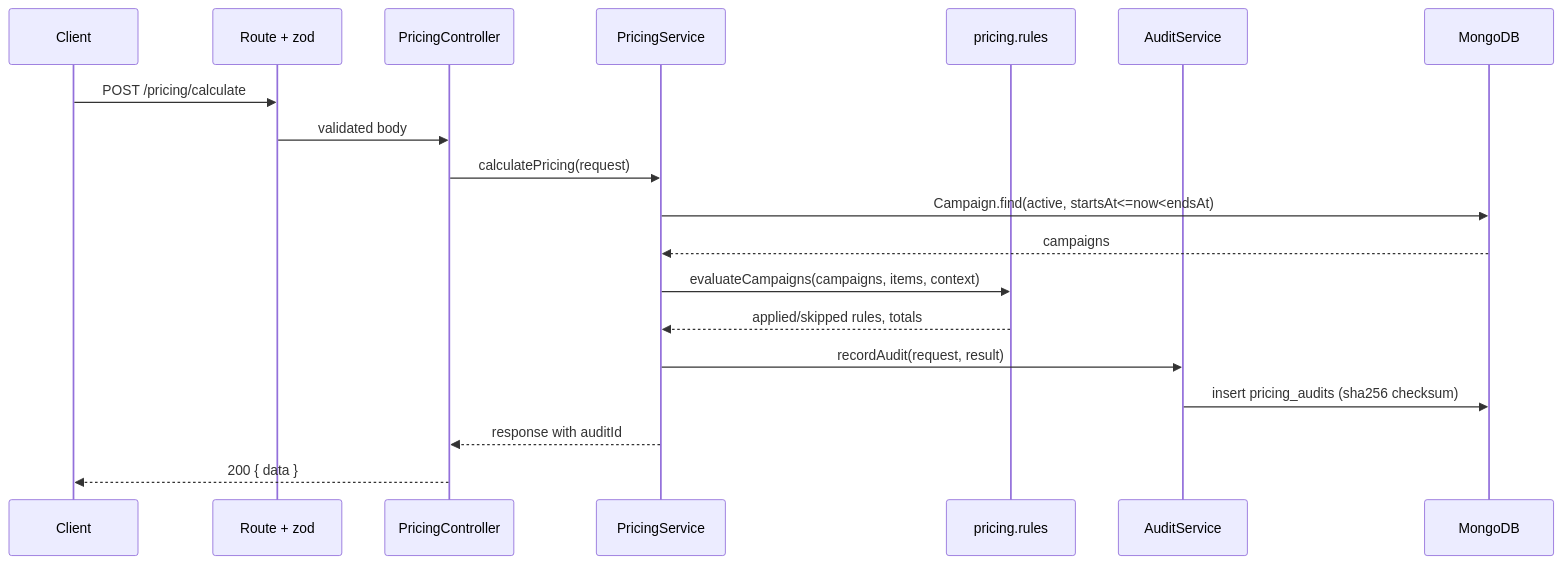
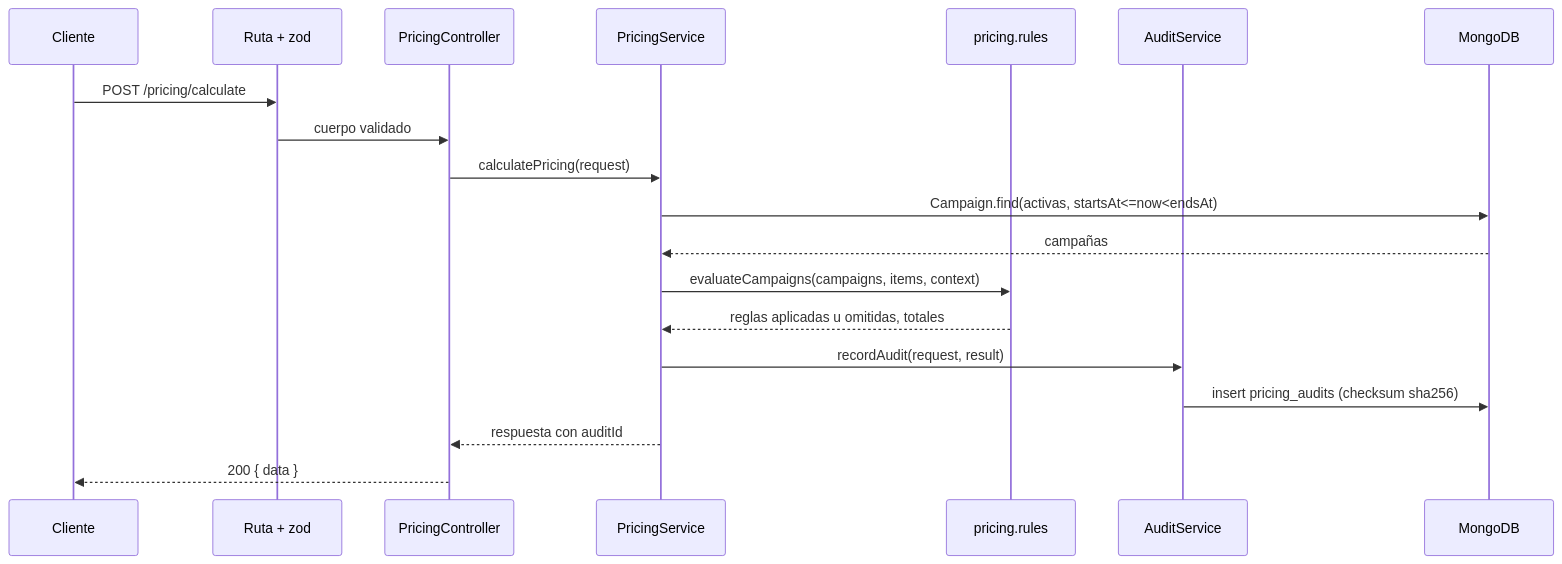
One commit to Tagle-Azca/DynamicPricing changed the second of 9 diagrams in docs/ARCHITECTURE.md. Above: the diagram before and after it, drawn with Mermaid. The commit also changed other lines of this file and 64 other files, not shown here.

````diff
--- a/docs/ARCHITECTURE.md
+++ b/docs/ARCHITECTURE.md
@@ -33,21 +35,21 @@
 ```mermaid
 sequenceDiagram
-  participant C as Client
-  participant R as Route + zod
+  participant C as Cliente
+  participant R as Ruta + zod
   participant K as PricingController
   participant S as PricingService
   participant E as pricing.rules
   participant A as AuditService
   participant DB as MongoDB
   C->>R: POST /pricing/calculate
-  R->>K: validated body
+  R->>K: cuerpo validado
   K->>S: calculatePricing(request)
-  S->>DB: Campaign.find(active, startsAt<=now<endsAt)
-  DB-->>S: campaigns
+  S->>DB: Campaign.find(activas, startsAt<=now<endsAt)
+  DB-->>S: campañas
   S->>E: evaluateCampaigns(campaigns, items, context)
-  E-->>S: applied/skipped rules, totals
+  E-->>S: reglas aplicadas u omitidas, totales
   S->>A: recordAudit(request, result)
-  A->>DB: insert pricing_audits (sha256 checksum)
-  S-->>K: response with auditId
+  A->>DB: insert pricing_audits (checksum sha256)
+  S-->>K: respuesta con auditId
   K-->>C: 200 { data }
 ```
````
